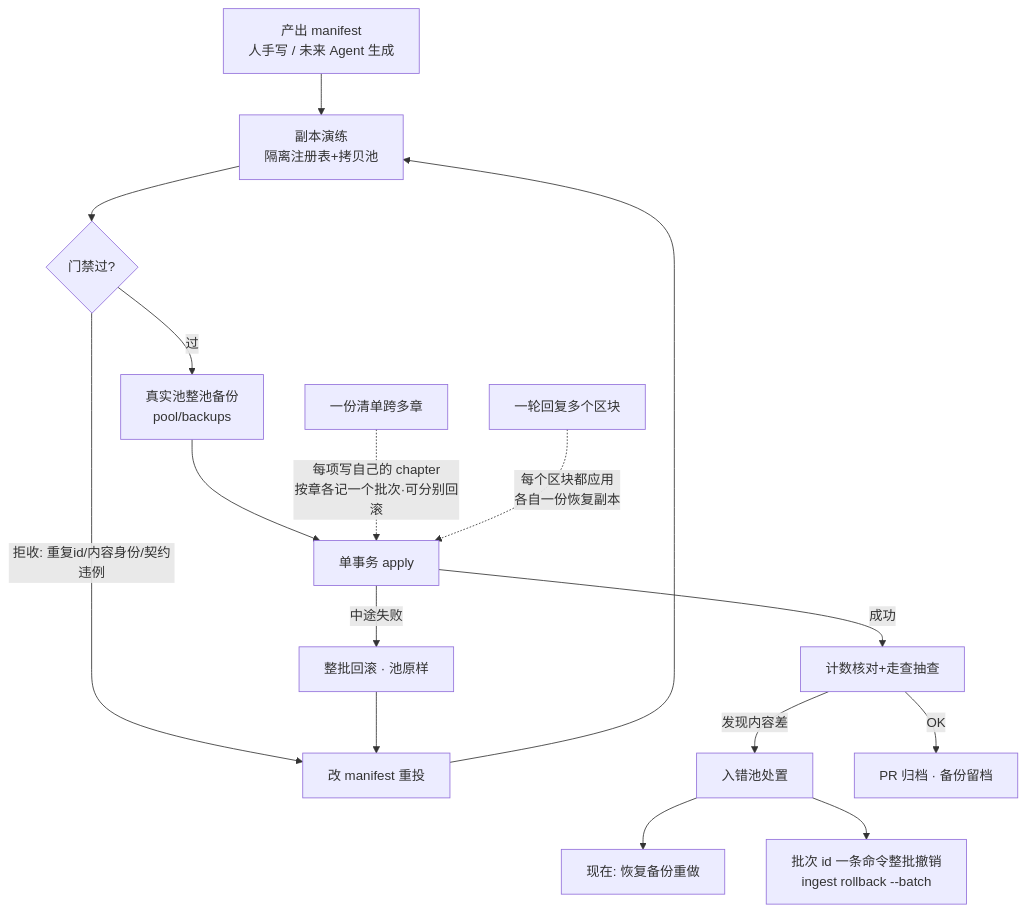
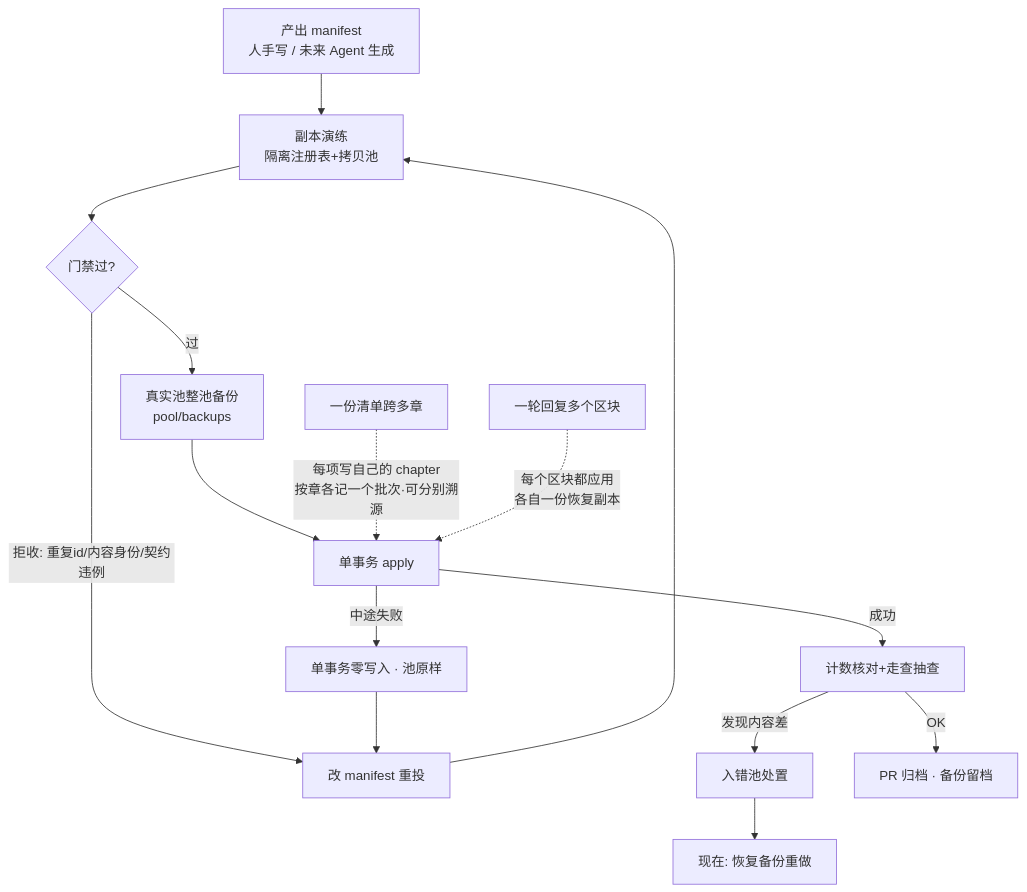
Before and after one commit to Amazinnn/Lesson-Kit: the second of 12 diagrams in docs/action-graph/L4-workflows.md, drawn with Mermaid. The commit also changed 35 other files, not shown here.

````diff
--- a/docs/action-graph/L4-workflows.md
+++ b/docs/action-graph/L4-workflows.md
@@ -57,15 +57,14 @@
 ```mermaid
 flowchart TD
   A[产出 manifest<br/>人手写 / 未来 Agent 生成] --> B[副本演练<br/>隔离注册表+拷贝池]
   B --> C{门禁过?}
   C -- 拒收: 重复id/内容身份/契约违例 --> C1[改 manifest 重投] --> B
   C -- 过 --> D[真实池整池备份<br/>pool/backups]
   D --> E[单事务 apply]
-  E -- 中途失败 --> E1[整批回滚 · 池原样] --> C1
+  E -- 中途失败 --> E1[单事务零写入 · 池原样] --> C1
   E -- 成功 --> F[计数核对+走查抽查]
   F -- 发现内容差 --> G[入错池处置] --> G1[现在: 恢复备份重做]
-  G --> G2[批次 id 一条命令整批撤销<br/>ingest rollback --batch]
   F -- OK --> H[PR 归档 · 备份留档]
-  Y1[一份清单跨多章] -.每项写自己的 chapter<br/>按章各记一个批次·可分别回滚.-> E
+  Y1[一份清单跨多章] -.每项写自己的 chapter<br/>按章各记一个批次·可分别溯源.-> E
   Y2[一轮回复多个区块] -.每个区块都应用<br/>各自一份恢复副本.-> E
 ```
````
